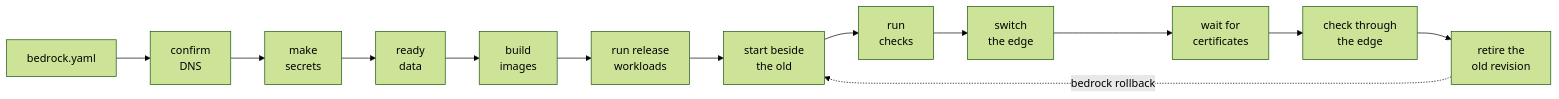
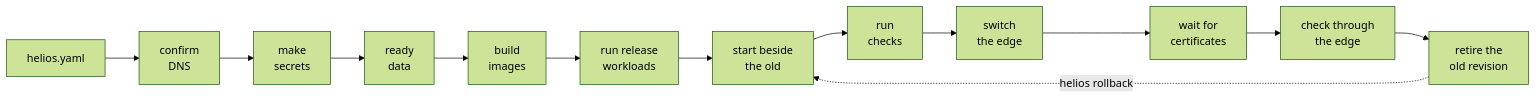
One commit to kylebegeman/bedrock changed the first of 2 diagrams in README.md. Above: the diagram before and after it, drawn with Mermaid (forest theme). The commit also changed other lines of this file and 296 other files, not shown here.

Commit message:
Rename Bedrock to Helios with existing-installation compatibility

````diff
--- a/README.md
+++ b/README.md
@@ -33,15 +52,15 @@
 ```mermaid
 flowchart LR
-  M["bedrock.yaml"] --> DNS["confirm<br/>DNS"]
+  M["helios.yaml"] --> DNS["confirm<br/>DNS"]
   DNS --> SEC["make<br/>secrets"]
   SEC --> DATA["ready<br/>data"]
   DATA --> BUILD["build<br/>images"]
   BUILD --> REL["run release<br/>workloads"]
   REL --> START["start beside<br/>the old"]
   START --> CHK["run<br/>checks"]
   CHK --> SW["switch<br/>the edge"]
   SW --> CERT["wait for<br/>certificates"]
   CERT --> CHK2["check through<br/>the edge"]
   CHK2 --> RET["retire the<br/>old revision"]
-  RET -.->|"bedrock rollback"| START
+  RET -.->|"helios rollback"| START
 ```
````
